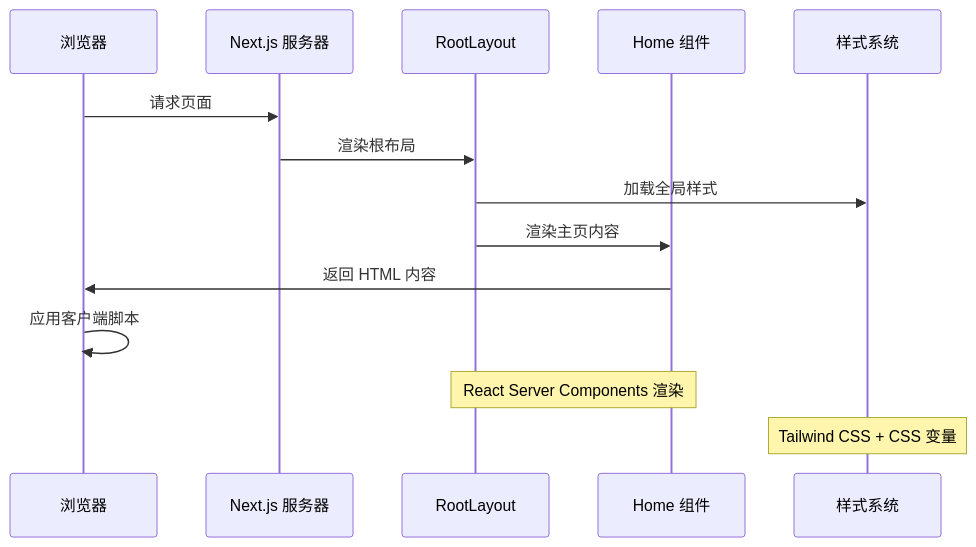
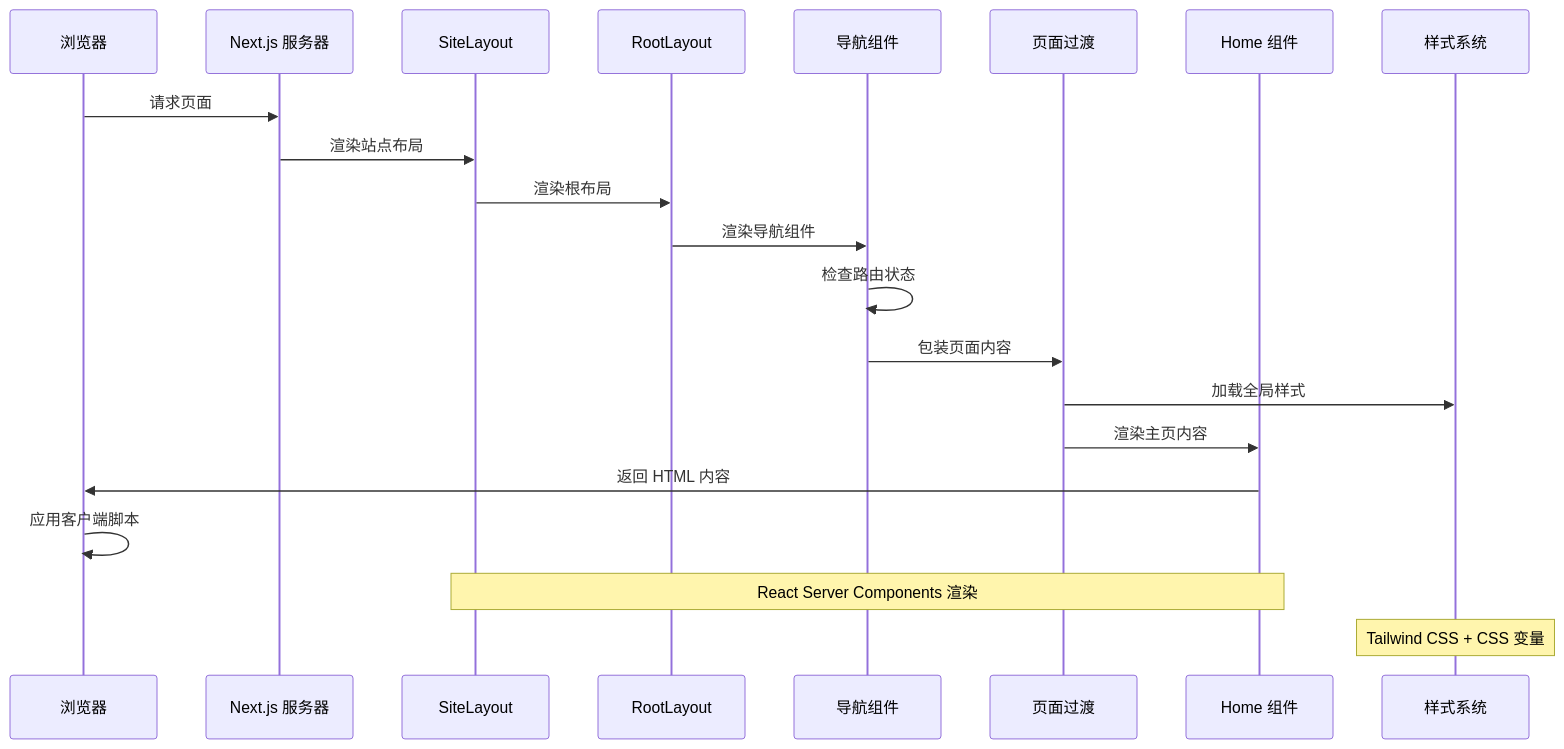
Before and after one commit to caoLei1997/Blog: the second of 6 diagrams in .qoder/repowiki/zh/content/项目架构/核心组件详解/组件交互与数据流.md, drawn with Mermaid. The commit also changed other lines of this file and 4 other files, not shown here.

````diff
--- a/.qoder/repowiki/zh/content/项目架构/核心组件详解/组件交互与数据流.md
+++ b/.qoder/repowiki/zh/content/项目架构/核心组件详解/组件交互与数据流.md
@@ -114,16 +194,23 @@
 ```mermaid
 sequenceDiagram
 participant Browser as 浏览器
 participant NextJS as Next.js 服务器
+participant SiteLayout as SiteLayout
 participant RootLayout as RootLayout
+participant Nav as 导航组件
+participant PageTransition as 页面过渡
 participant Home as Home 组件
 participant Styles as 样式系统
 Browser->>NextJS : 请求页面
-NextJS->>RootLayout : 渲染根布局
-RootLayout->>Styles : 加载全局样式
-RootLayout->>Home : 渲染主页内容
+NextJS->>SiteLayout : 渲染站点布局
+SiteLayout->>RootLayout : 渲染根布局
+RootLayout->>Nav : 渲染导航组件
+Nav->>Nav : 检查路由状态
+Nav->>PageTransition : 包装页面内容
+PageTransition->>Styles : 加载全局样式
+PageTransition->>Home : 渲染主页内容
 Home->>Browser : 返回 HTML 内容
 Browser->>Browser : 应用客户端脚本
-Note over RootLayout,Home : React Server Components 渲染
+Note over SiteLayout,Home : React Server Components 渲染
 Note over Styles : Tailwind CSS + CSS 变量
 ```
````
